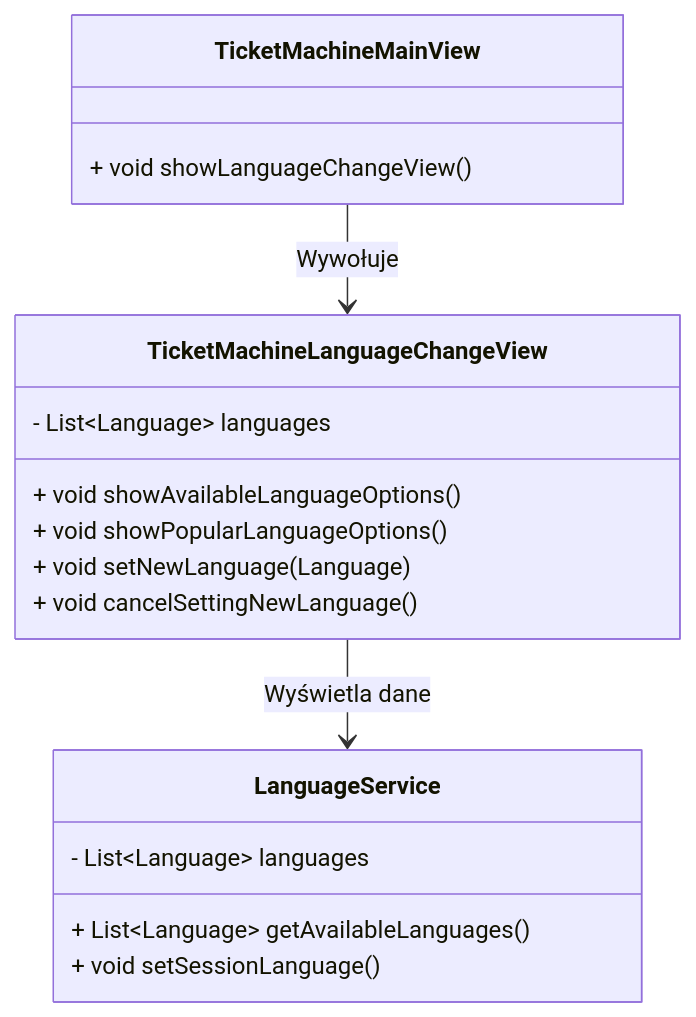
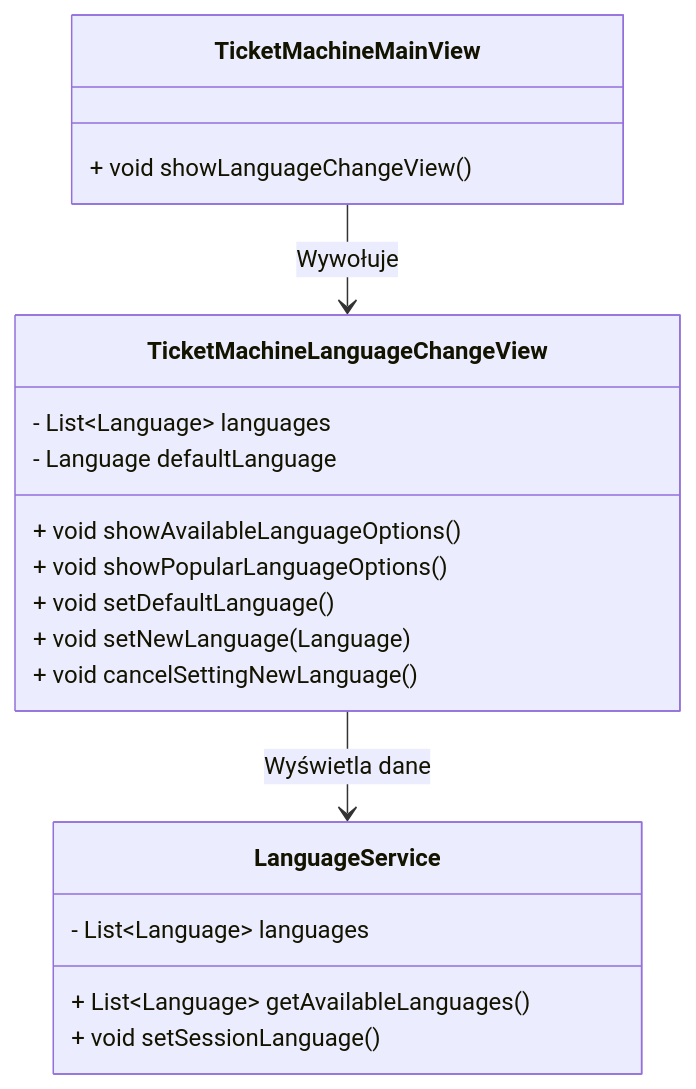
The tenth of 10 diagrams in userstories/user.md (MarcinMarszewski/dowolna_nazwa), drawn with Mermaid before and after one commit.

````diff
--- a/userstories/user.md
+++ b/userstories/user.md
@@ -538,23 +538,25 @@
 ```mermaid
 classDiagram
   class TicketMachineMainView {
     + void showLanguageChangeView()
   }
 
   class TicketMachineLanguageChangeView {
     - List&lt;Language> languages
     + void showAvailableLanguageOptions()
+    - Language defaultLanguage
     + void showPopularLanguageOptions()
+    + void setDefaultLanguage()
     + void setNewLanguage(Language)
     + void cancelSettingNewLanguage()
   }
 
   class LanguageService {
     - List&lt;Language> languages
     + List&lt;Language> getAvailableLanguages()
     + void setSessionLanguage()
   }
 
   TicketMachineMainView --> TicketMachineLanguageChangeView : Wywołuje
   TicketMachineLanguageChangeView --> LanguageService : Wyświetla dane
 ```
````
